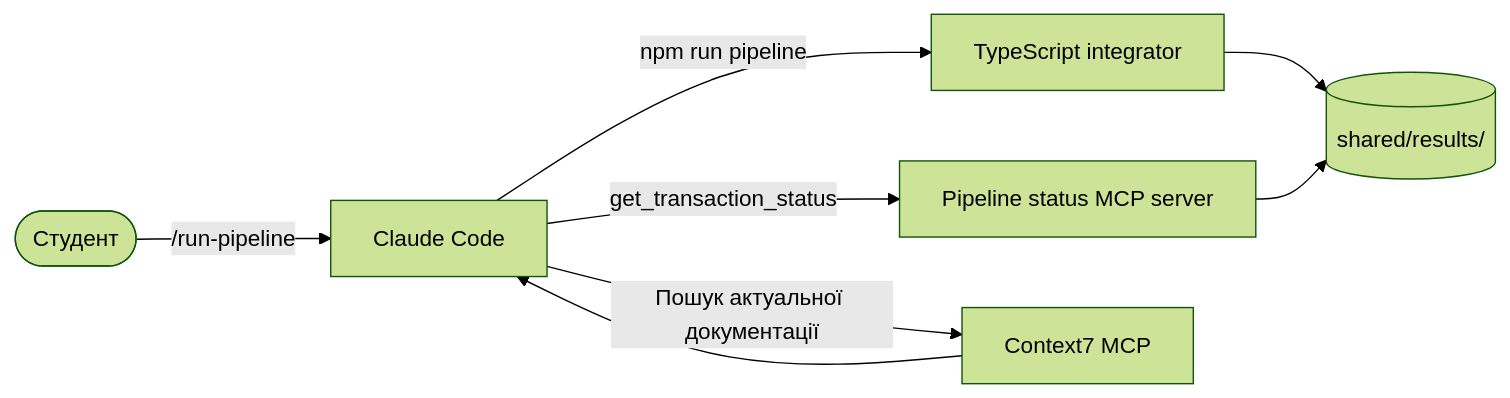
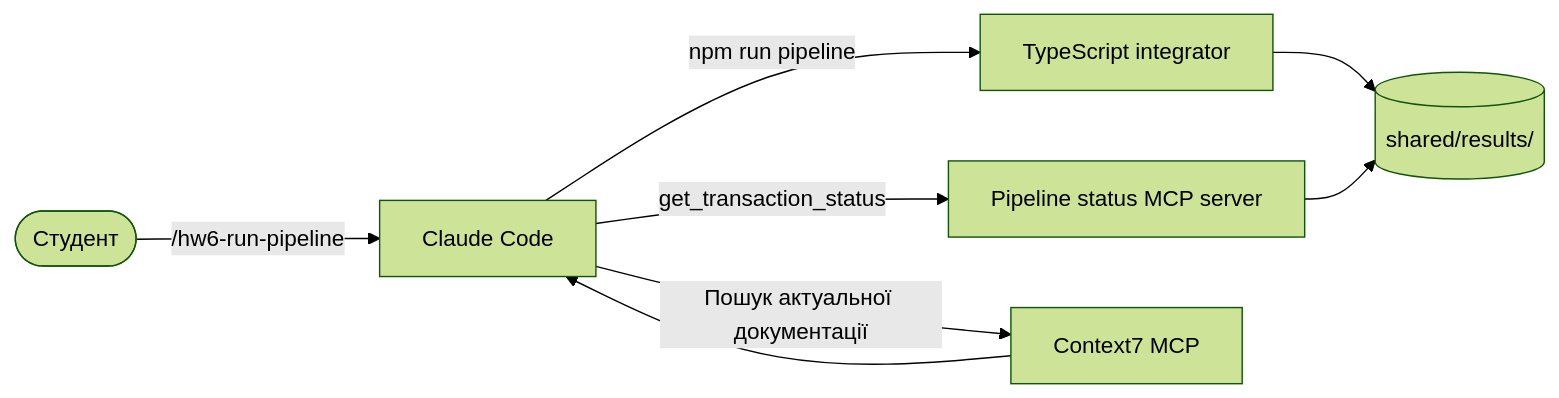
The third of 3 diagrams in homework-6/README.md (zpawn/gen-ai-software-engineering), drawn with Mermaid (forest theme) before and after one commit. The commit also changed other lines of this file and 45 other files, not shown here.

````diff
--- a/homework-6/README.md
+++ b/homework-6/README.md
@@ -120,12 +120,12 @@
 ```mermaid
 flowchart LR
-    User([Студент]) -->|/run-pipeline| Claude[Claude Code]
+    User([Студент]) -->|/hw6-run-pipeline| Claude[Claude Code]
     Claude -->|npm run pipeline| Integrator[TypeScript integrator]
     Integrator --> Results[(shared/results/)]
 
     Claude -->|get_transaction_status| MCP[Pipeline status MCP server]
     MCP --> Results
 
     Claude -->|Пошук актуальної документації| Context7[Context7 MCP]
     Context7 --> Claude
 ```
````
